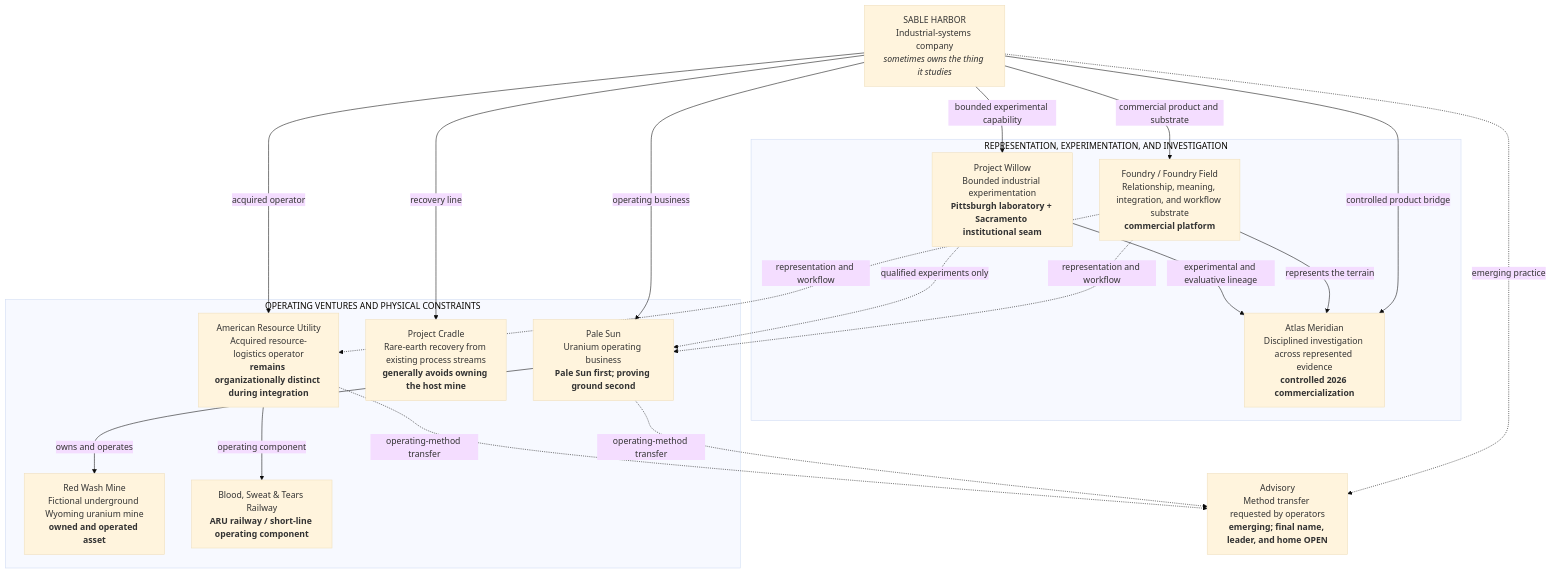
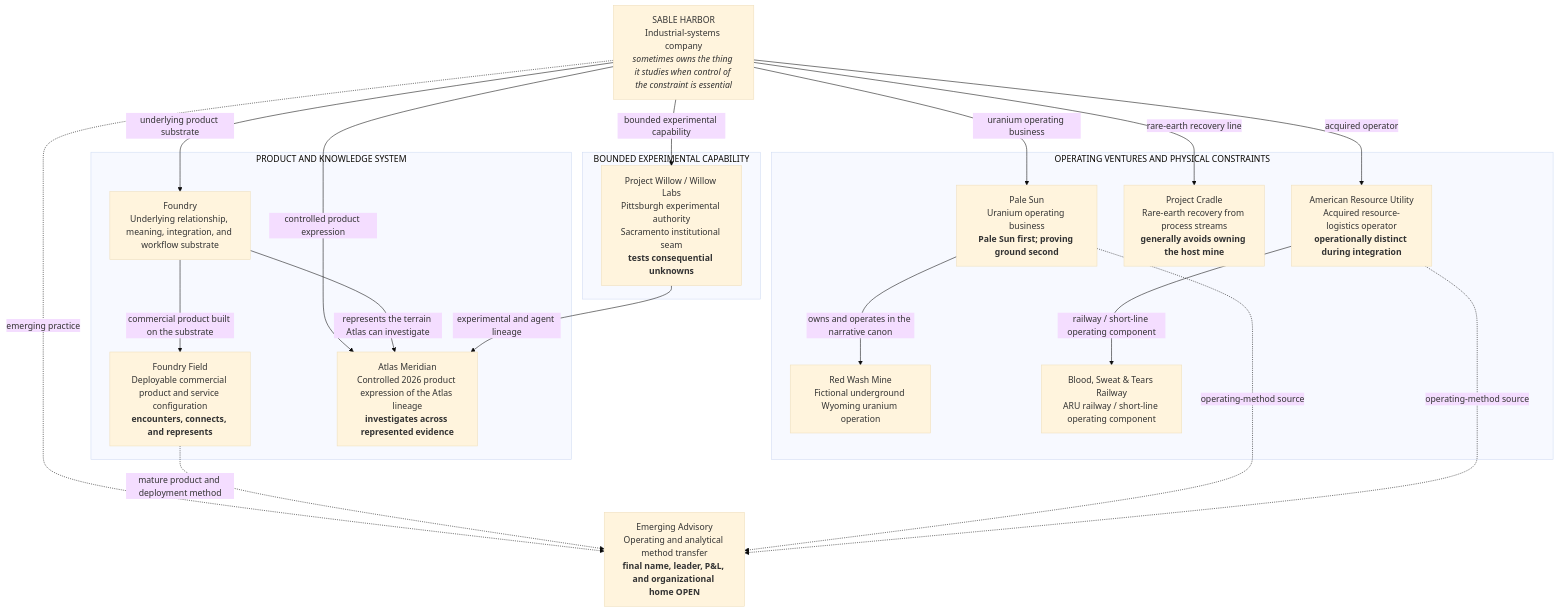
Before and after one commit to SquirmyWormy275/SABLEHARBOR: the diagram in docs/organization/2026_OPERATING_TOPOLOGY.md, drawn with Mermaid (base theme). The commit also changed other lines of this file and 16 other files, not shown here.

Commit message:
Build canon-traced organization chart package

````diff
--- a/docs/organization/2026_OPERATING_TOPOLOGY.md
+++ b/docs/organization/2026_OPERATING_TOPOLOGY.md
@@ -7,39 +9,45 @@
 ```mermaid
 flowchart TB
-    SH["SABLE HARBOR<br/>Industrial-systems company<br/><i>sometimes owns the thing it studies</i>"]
+    SH["SABLE HARBOR<br/>Industrial-systems company<br/><i>sometimes owns the thing it studies when control of the constraint is essential</i>"]
 
-    subgraph CORE["REPRESENTATION, EXPERIMENTATION, AND INVESTIGATION"]
-        FOUNDRY["Foundry / Foundry Field<br/>Relationship, meaning, integration, and workflow substrate<br/><b>commercial platform</b>"]
-        WILLOW["Project Willow<br/>Bounded industrial experimentation<br/><b>Pittsburgh laboratory + Sacramento institutional seam</b>"]
-        ATLAS["Atlas Meridian<br/>Disciplined investigation across represented evidence<br/><b>controlled 2026 commercialization</b>"]
+    subgraph PRODUCT["PRODUCT AND KNOWLEDGE SYSTEM"]
+        FOUNDRY["Foundry<br/>Underlying relationship, meaning, integration, and workflow substrate"]
+        FIELD["Foundry Field<br/>Deployable commercial product and service configuration<br/><b>encounters, connects, and represents</b>"]
+        ATLAS["Atlas Meridian<br/>Controlled 2026 product expression of the Atlas lineage<br/><b>investigates across represented evidence</b>"]
     end
 
-    subgraph OPERATING["OPERATING VENTURES AND PHYSICAL CONSTRAINTS"]
-        PALE["Pale Sun<br/>Uranium operating business<br/><b>Pale Sun first; proving ground second</b>"]
-        REDWASH["Red Wash Mine<br/>Fictional underground Wyoming uranium mine<br/><b>owned and operated asset</b>"]
-        CRADLE["Project Cradle<br/>Rare-earth recovery from existing process streams<br/><b>generally avoids owning the host mine</b>"]
-        ARU["American Resource Utility<br/>Acquired resource-logistics operator<br/><b>remains organizationally distinct during integration</b>"]
-        BST["Blood, Sweat & Tears Railway<br/><b>ARU railway / short-line operating component</b>"]
+    subgraph EXPERIMENT["BOUNDED EXPERIMENTAL CAPABILITY"]
+        WILLOW["Project Willow / Willow Labs<br/>Pittsburgh experimental authority<br/>Sacramento institutional seam<br/><b>tests consequential unknowns</b>"]
     end
 
-    ADVISORY["Advisory<br/>Method transfer requested by operators<br/><b>emerging; final name, leader, and home OPEN</b>"]
+    subgraph OPERATIONS["OPERATING VENTURES AND PHYSICAL CONSTRAINTS"]
+        PALE["Pale Sun<br/>Uranium operating business<br/><b>Pale Sun first; proving ground second</b>"]
+        REDWASH["Red Wash Mine<br/>Fictional underground Wyoming uranium operation"]
+        CRADLE["Project Cradle<br/>Rare-earth recovery from process streams<br/><b>generally avoids owning the host mine</b>"]
+        ARU["American Resource Utility<br/>Acquired resource-logistics operator<br/><b>operationally distinct during integration</b>"]
+        BST["Blood, Sweat & Tears Railway<br/>ARU railway / short-line operating component"]
+    end
 
-    SH -->|commercial product and substrate| FOUNDRY
+    ADVISORY["Emerging Advisory<br/>Operating and analytical method transfer<br/><b>final name, leader, P&L, and organizational home OPEN</b>"]
+
+    SH -->|underlying product substrate| FOUNDRY
+    FOUNDRY -->|commercial product built on the substrate| FIELD
+
     SH -->|bounded experimental capability| WILLOW
-    SH -->|controlled product bridge| ATLAS
-    SH -->|operating business| PALE
-    SH -->|recovery line| CRADLE
+    SH -->|controlled product expression| ATLAS
+    FOUNDRY -->|represents the terrain Atlas can investigate| ATLAS
+    WILLOW -->|experimental and agent lineage| ATLAS
+
+    SH -->|uranium operating business| PALE
+    PALE -->|owns and operates in the narrative canon| REDWASH
+
+    SH -->|rare-earth recovery line| CRADLE
+
     SH -->|acquired operator| ARU
+    ARU -->|railway / short-line operating component| BST
+
     SH -.->|emerging practice| ADVISORY
-
-    FOUNDRY -->|represents the terrain| ATLAS
-    WILLOW -->|experimental and evaluative lineage| ATLAS
-    PALE -->|owns and operates| REDWASH
-    ARU -->|operating component| BST
-
-    FOUNDRY -.->|representation and workflow| PALE
-    FOUNDRY -.->|representation and workflow| ARU
-    WILLOW -.->|qualified experiments only| PALE
-    PALE -.->|operating-method transfer| ADVISORY
-    ARU -.->|operating-method transfer| ADVISORY
+    FIELD -.->|mature product and deployment method| ADVISORY
+    PALE -.->|operating-method source| ADVISORY
+    ARU -.->|operating-method source| ADVISORY
 ```
````
